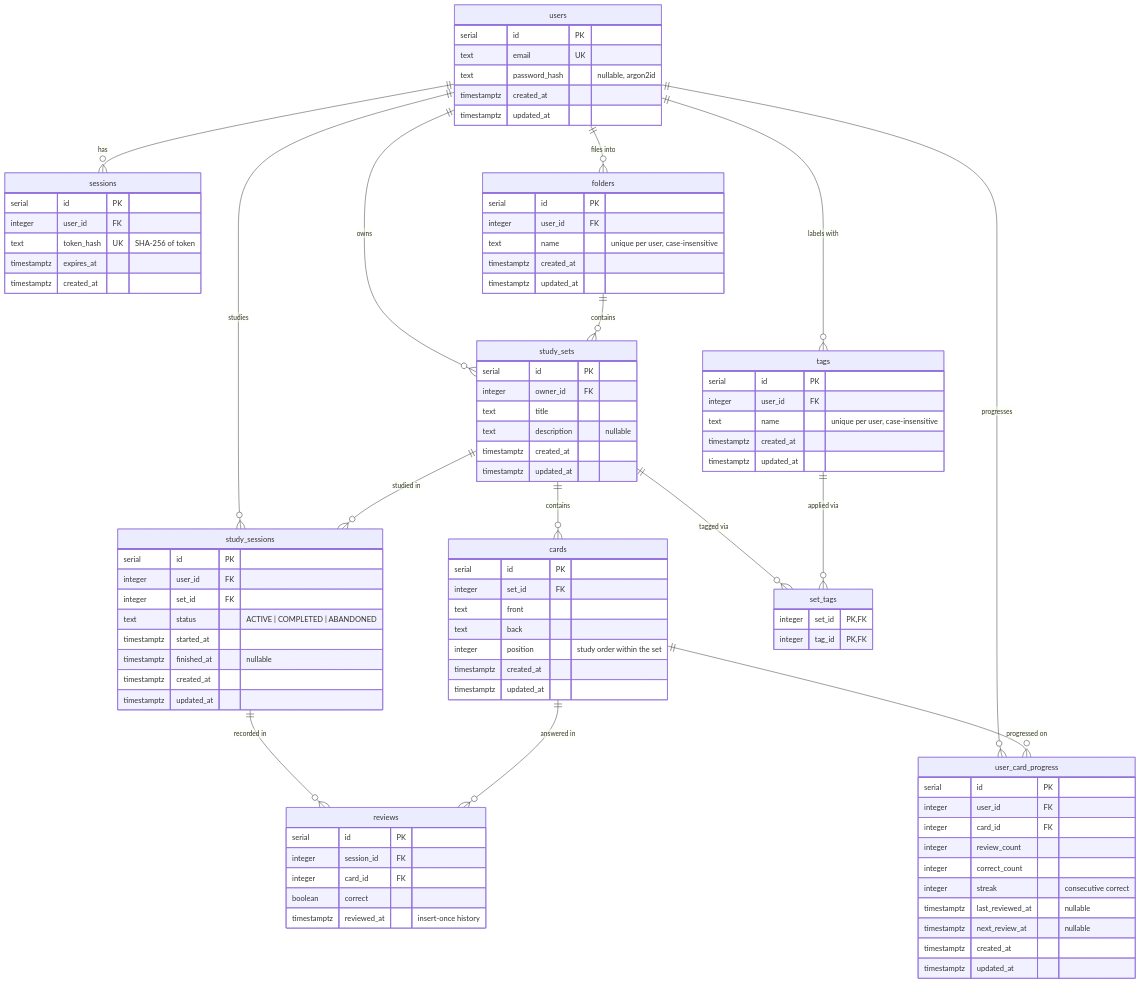
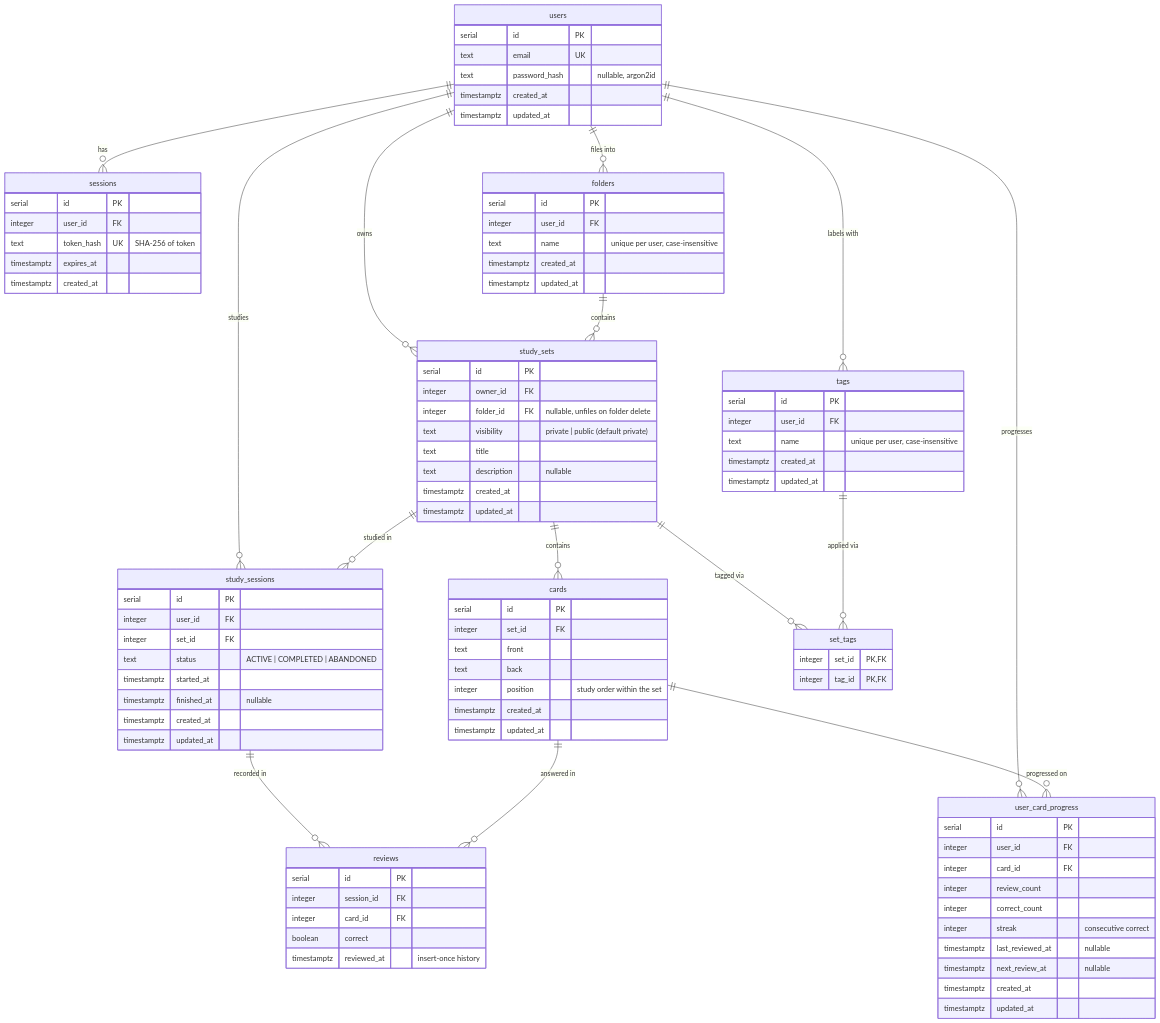
One commit to danisolation/recall changed the diagram in docs/database/schema.md. Above: the diagram before and after it, drawn with Mermaid. The commit also changed other lines of this file and 5 other files, not shown here.

Commit message:
feat(db): study_sets.visibility for public sharing

```diff
--- a/docs/database/schema.md
+++ b/docs/database/schema.md
@@ -168,6 +169,8 @@
     study_sets {
         serial id PK
         integer owner_id FK
+        integer folder_id FK "nullable, unfiles on folder delete"
+        text visibility "private | public (default private)"
         text title
         text description "nullable"
         timestamptz created_at
```
